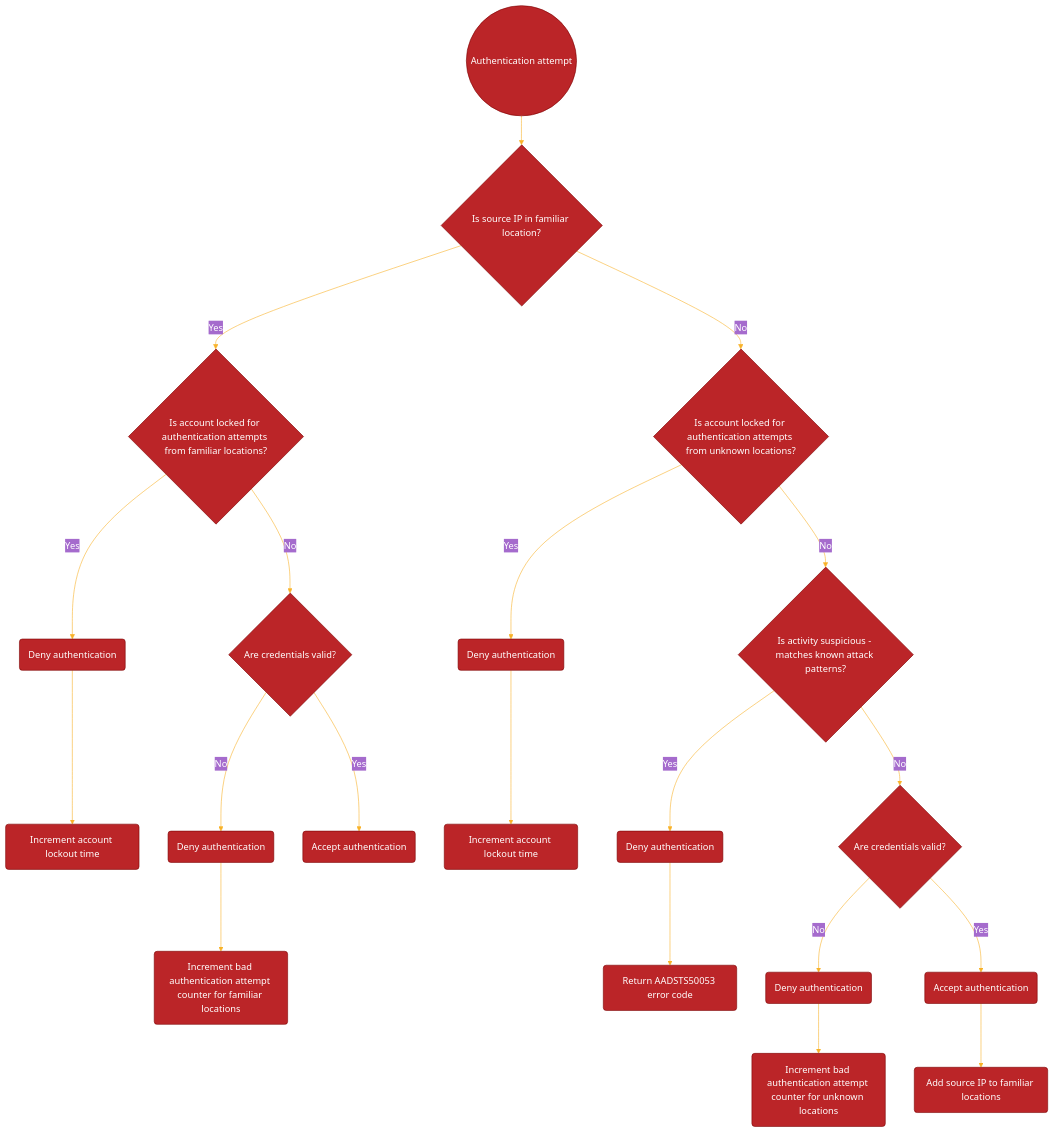
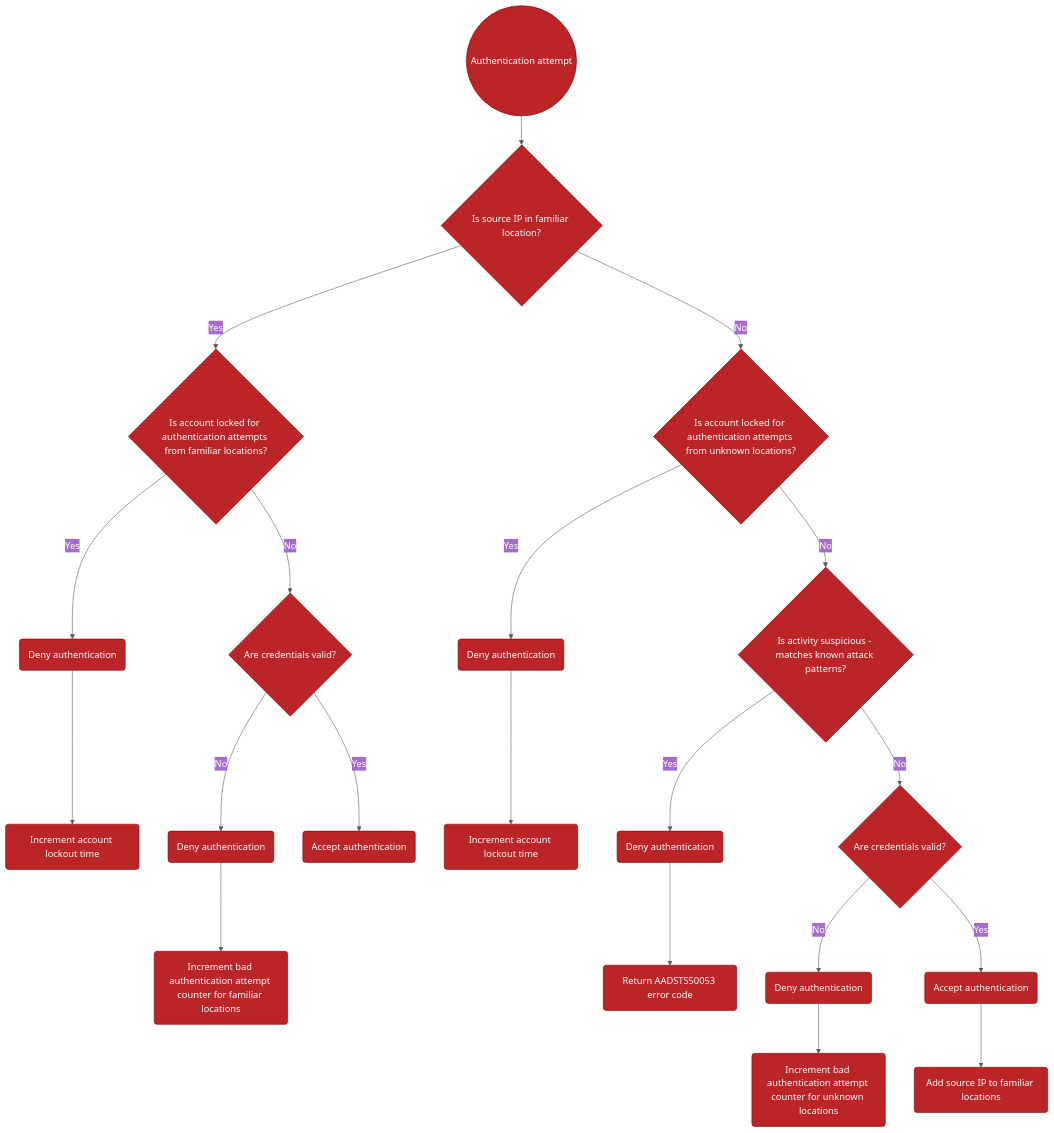
The diagram in _posts/2024-11-24-Entra-ID-Smart-Lockout.md (lucas-ko/lucas-ko.github.io), drawn with Mermaid before and after one commit.

````diff
--- a/_posts/2024-11-24-Entra-ID-Smart-Lockout.md
+++ b/_posts/2024-11-24-Entra-ID-Smart-Lockout.md
@@ -32,55 +32,55 @@
 ```mermaid
 %%{
   init: {
     'theme': 'base',
     'themeVariables': {
       'primaryColor': '#BB2528',
       'primaryTextColor': '#FFF',
       'primaryBorderColor': '#7C0000',
-      'lineColor': '#F8B229',
+      'lineColor': '#5B5B5B',
       'secondaryColor': '#A56BCD',
       'tertiaryColor': '#FFF'
     }
   }
 }%%
 flowchart TD
     Start@{ shape: circle, label: "Authentication attempt" }
     Is_IPFamiliar@{ shape: diamond, label: "Is source IP in familiar location?" }
     Fam_Is_AccountLocked@{ shape: diamond, label: "Is account locked for authentication attempts from familiar locations?" }
     Fam_CredsOK@{ shape: diamond, label: "Are credentials valid?" }
     Fam_AllowAuth@{ shape: rounded, label: "Accept authentication" }
     Fam_Deny@{ shape: rounded, label: "Deny authentication" }
     Fam_DenyTimer@{ shape: rounded, label: "Deny authentication" }
     Fam_IncrementCounter@{ shape: rounded, label: "Increment bad authentication attempt counter for familiar locations" }
     Fam_IncrementTimer@{ shape: rounded, label: "Increment account lockout time" }
     Unfam_Is_AccountLocked@{ shape: diamond, label: "Is account locked for authentication attempts from unknown locations?" }
     Unfam_Deny@{ shape: rounded, label: "Deny authentication" }
     Unfam_DenyTimer@{ shape: rounded, label: "Deny authentication" }
     Unfam_DenySuspicious@{ shape: rounded, label: "Deny authentication" }
     Unfam_AADSTSCode@{ shape: rounded, label: "Return AADSTS50053 error code" }
     Unfam_CredsOK@{ shape: diamond, label: "Are credentials valid?" }
     Unfam_AllowAuth@{ shape: rounded, label: "Accept authentication" }
     Unfam_AddIP@{ shape: rounded, label: "Add source IP to familiar locations" }
     Unfam_IncrementCounter@{ shape: rounded, label: "Increment bad authentication attempt counter for unknown locations" }
     Unfam_IncrementTimer@{ shape: rounded, label: "Increment account lockout time" }
     Unfam_Is_Suspicious@{ shape: diamond, label: "Is activity suspicious - matches known attack patterns?" }
 Start --> Is_IPFamiliar
 Is_IPFamiliar-->|Yes|Fam_Is_AccountLocked
 Is_IPFamiliar-->|No|Unfam_Is_AccountLocked
 Fam_Is_AccountLocked-->|Yes|Fam_DenyTimer
 Fam_Is_AccountLocked-->|No|Fam_CredsOK
 Fam_CredsOK-->|No|Fam_Deny
 Fam_CredsOK-->|Yes|Fam_AllowAuth
 Fam_DenyTimer-->Fam_IncrementTimer
 Fam_Deny-->Fam_IncrementCounter
 Unfam_Is_AccountLocked-->|Yes|Unfam_DenyTimer
 Unfam_Is_AccountLocked-->|No|Unfam_Is_Suspicious
 Unfam_Is_Suspicious-->|Yes|Unfam_DenySuspicious
 Unfam_Is_Suspicious-->|No|Unfam_CredsOK
 Unfam_CredsOK-->|No|Unfam_Deny
 Unfam_CredsOK-->|Yes|Unfam_AllowAuth
 Unfam_AllowAuth-->Unfam_AddIP
 Unfam_DenyTimer-->Unfam_IncrementTimer
 Unfam_Deny-->Unfam_IncrementCounter
 Unfam_DenySuspicious-->Unfam_AADSTSCode
 ```
````
